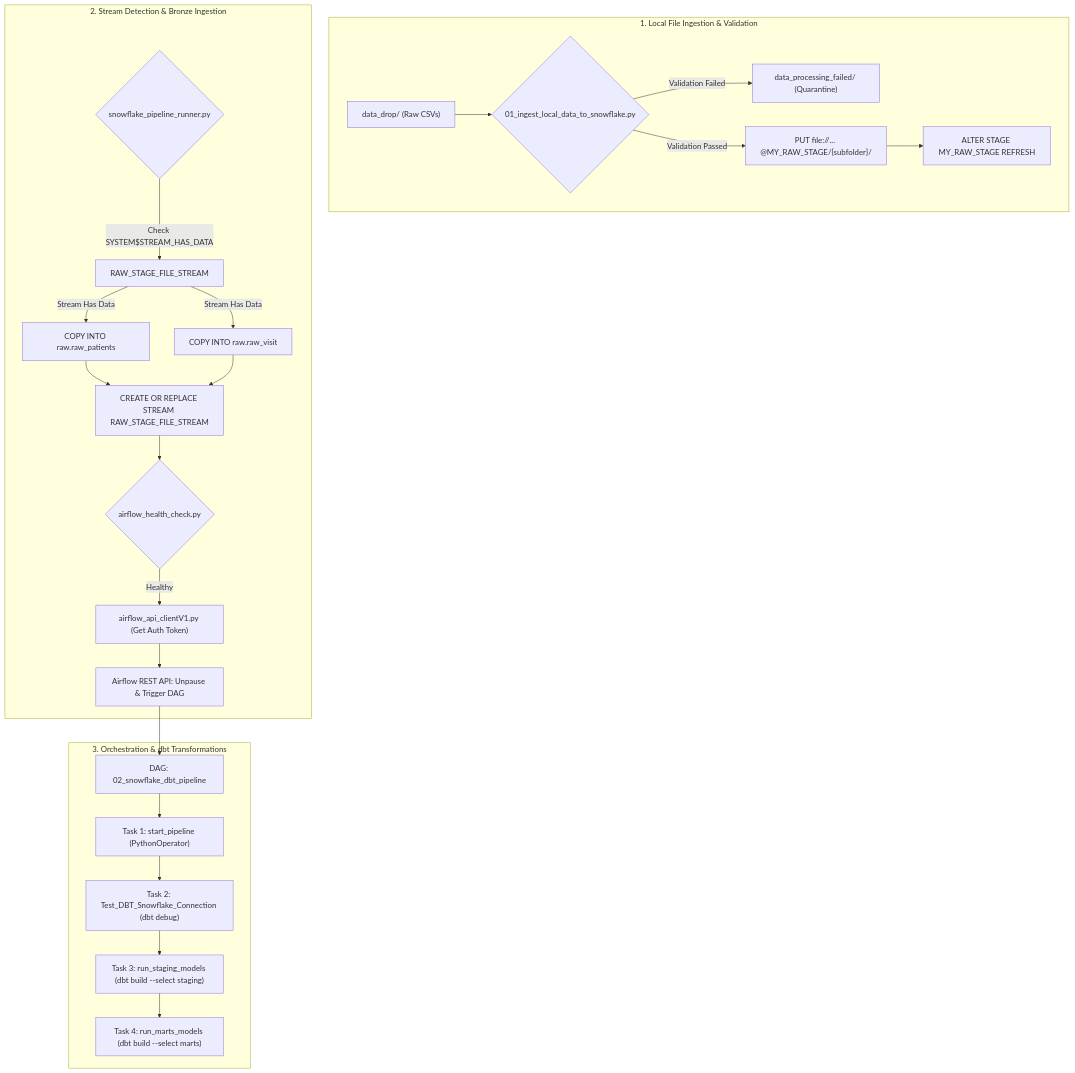
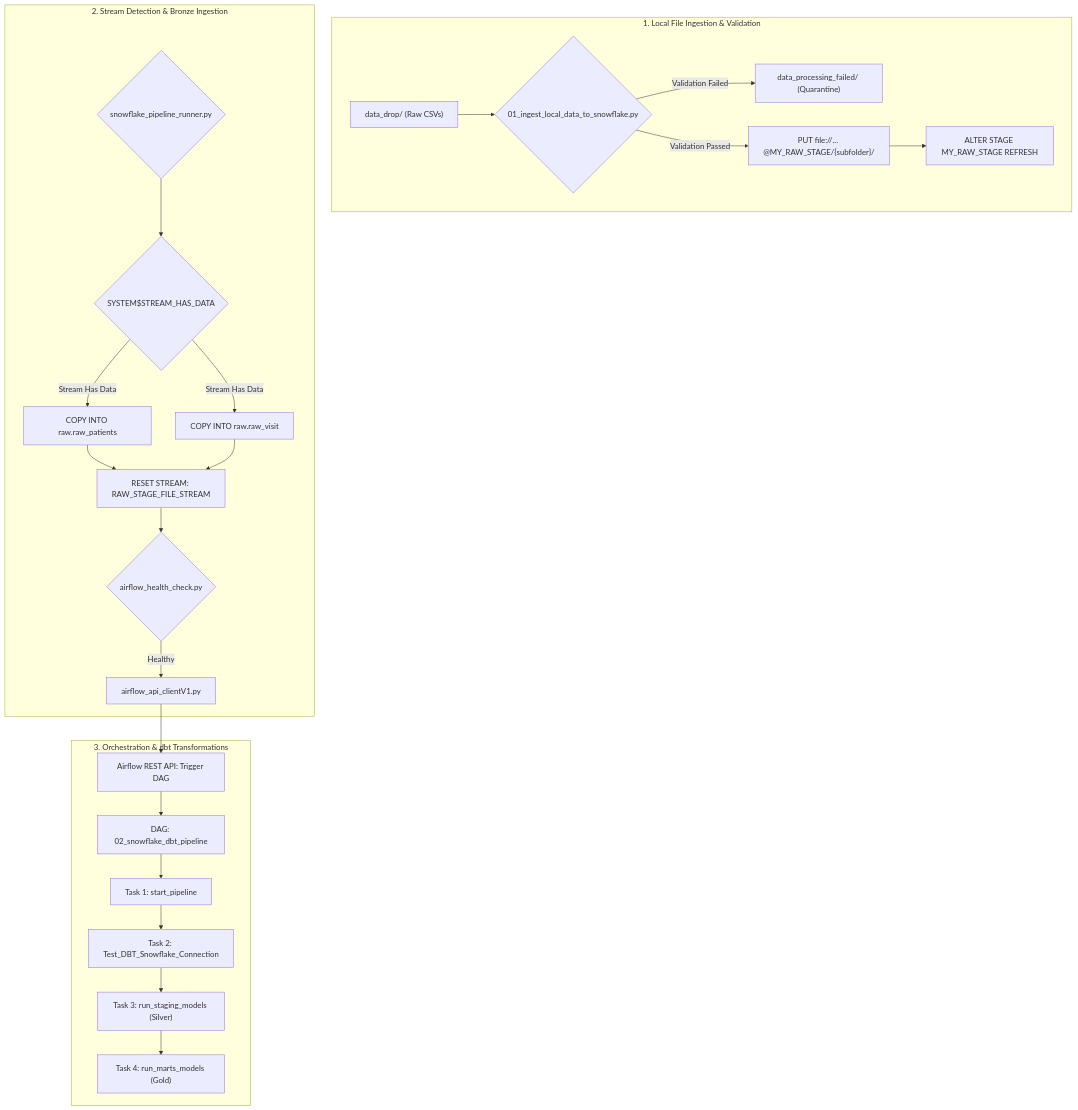
One commit to nagavarmasakineti/snowflake-dbt-pipeline changed the diagram in README.md. Above: the diagram before and after it, drawn with Mermaid. The commit also changed other lines of this file, not shown here.

Commit message:
Updated README.md file

````diff
--- a/README.md
+++ b/README.md
@@ -9,28 +3,30 @@
 ```mermaid
 flowchart TD
     subgraph Phase1 ["1. Local File Ingestion & Validation"]
         A["data_drop/ (Raw CSVs)"] --> B{"01_ingest_local_data_to_snowflake.py"}
         B -->|Validation Failed| C["data_processing_failed/ (Quarantine)"]
         B -->|Validation Passed| D["PUT file://... @MY_RAW_STAGE/{subfolder}/"]
         D --> E["ALTER STAGE MY_RAW_STAGE REFRESH"]
     end
 
     subgraph Phase2 ["2. Stream Detection & Bronze Ingestion"]
-        F{"snowflake_pipeline_runner.py"} -->|Check SYSTEM$STREAM_HAS_DATA| G["RAW_STAGE_FILE_STREAM"]
+        F{"snowflake_pipeline_runner.py"} --> G{"SYSTEM$STREAM_HAS_DATA"}
         G -->|Stream Has Data| H["COPY INTO raw.raw_patients"]
         G -->|Stream Has Data| I["COPY INTO raw.raw_visit"]
-        H --> J["CREATE OR REPLACE STREAM RAW_STAGE_FILE_STREAM"]
+        H --> J["RESET STREAM: RAW_STAGE_FILE_STREAM"]
         I --> J
         J --> K{"airflow_health_check.py"}
-        K -->|Healthy| L["airflow_api_clientV1.py (Get Auth Token)"]
-        L --> M["Airflow REST API: Unpause & Trigger DAG"]
+        K -->|Healthy| L["airflow_api_clientV1.py"]
     end
 
     subgraph Phase3 ["3. Orchestration & dbt Transformations"]
-        M --> N["DAG: 02_snowflake_dbt_pipeline"]
-        N --> O["Task 1: start_pipeline (PythonOperator)"]
-        O --> P["Task 2: Test_DBT_Snowflake_Connection (dbt debug)"]
-        P --> Q["Task 3: run_staging_models (dbt build --select staging)"]
-        Q --> R["Task 4: run_marts_models (dbt build --select marts)"]
+        M["Airflow REST API: Trigger DAG"] --> N["DAG: 02_snowflake_dbt_pipeline"]
+        N --> O["Task 1: start_pipeline"]
+        O --> P["Task 2: Test_DBT_Snowflake_Connection"]
+        P --> Q["Task 3: run_staging_models (Silver)"]
+        Q --> R["Task 4: run_marts_models (Gold)"]
     end
+
+    %% Cross-subgraph linkage without inline text on boundary link
+    L --> M
 ```
````
